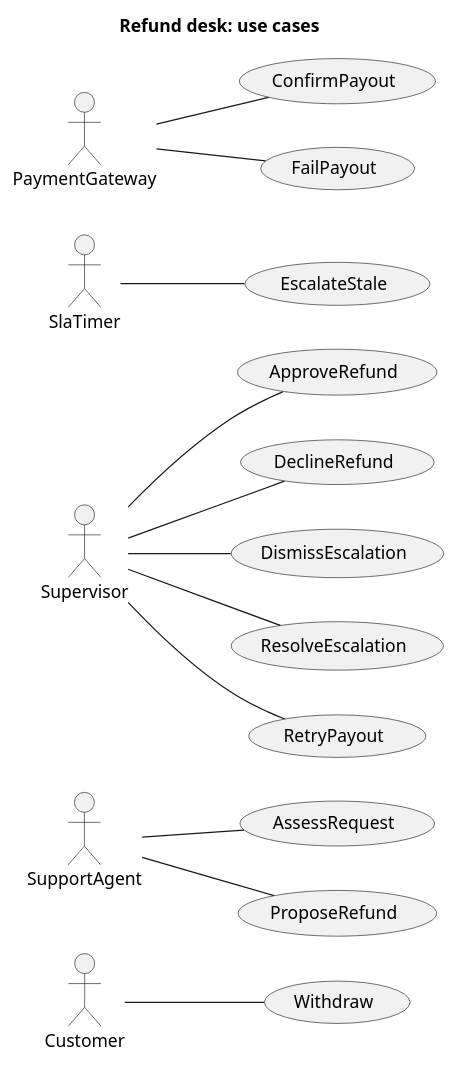
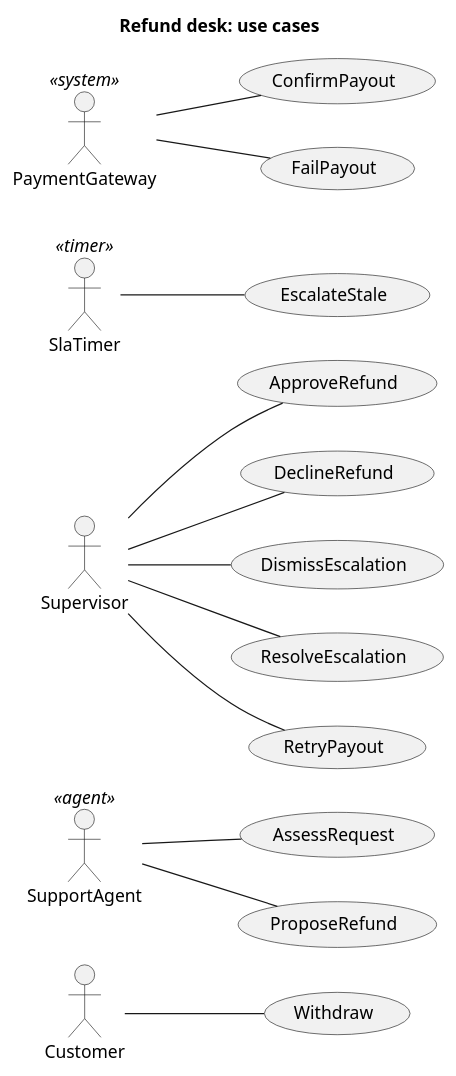
One commit to 45ck/eija-studio changed the third of 3 diagrams in verification/interop/generated/refund-desk.puml. Above: the diagram before and after it, drawn with PlantUML. The commit also changed 17 other files, not shown here.

First line of the commit message:
UML interchange carries «agent», «timer» and «system» actors (#156)

```diff
--- a/verification/interop/generated/refund-desk.puml
+++ b/verification/interop/generated/refund-desk.puml
@@ -66,31 +66,31 @@
 @startuml refund-desk-use-cases
 title Refund desk: use cases
 left to right direction
 actor "Customer" as A_437573746f6d6572
-actor "SupportAgent" as A_537570706f72744167656e74
+actor "SupportAgent" as A_537570706f72744167656e74 <<agent>>
 actor "Supervisor" as A_53757065727669736f72
-actor "SlaTimer" as A_536c6154696d6572
-actor "PaymentGateway" as A_5061796d656e7447617465776179
+actor "SlaTimer" as A_536c6154696d6572 <<timer>>
+actor "PaymentGateway" as A_5061796d656e7447617465776179 <<system>>
 usecase "ApproveRefund" as UC_417070726f7665526566756e64
 usecase "AssessRequest" as UC_41737365737352657175657374
 usecase "ConfirmPayout" as UC_436f6e6669726d5061796f7574
 usecase "DeclineRefund" as UC_4465636c696e65526566756e64
 usecase "DismissEscalation" as UC_4469736d697373457363616c6174696f6e
 usecase "EscalateStale" as UC_457363616c6174655374616c65
 usecase "FailPayout" as UC_4661696c5061796f7574
 usecase "ProposeRefund" as UC_50726f706f7365526566756e64
 usecase "ResolveEscalation" as UC_5265736f6c7665457363616c6174696f6e
 usecase "RetryPayout" as UC_52657472795061796f7574
 usecase "Withdraw" as UC_5769746864726177
 A_53757065727669736f72 -- UC_417070726f7665526566756e64
 A_5061796d656e7447617465776179 -- UC_436f6e6669726d5061796f7574
 A_53757065727669736f72 -- UC_4465636c696e65526566756e64
 A_53757065727669736f72 -- UC_4469736d697373457363616c6174696f6e
 A_536c6154696d6572 -- UC_457363616c6174655374616c65
 A_5061796d656e7447617465776179 -- UC_4661696c5061796f7574
 A_537570706f72744167656e74 -- UC_50726f706f7365526566756e64
 A_53757065727669736f72 -- UC_5265736f6c7665457363616c6174696f6e
 A_53757065727669736f72 -- UC_52657472795061796f7574
 A_537570706f72744167656e74 -- UC_41737365737352657175657374
 A_437573746f6d6572 -- UC_5769746864726177
 @enduml
```
